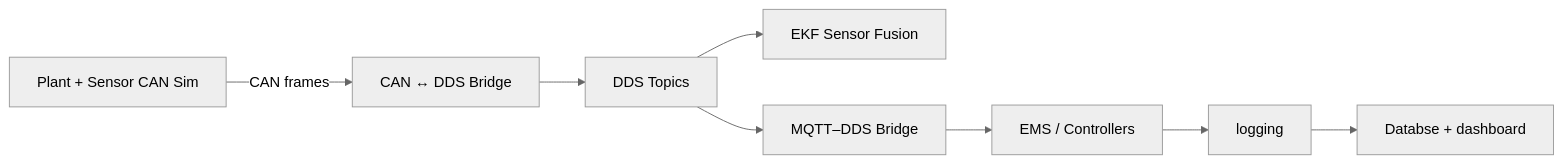
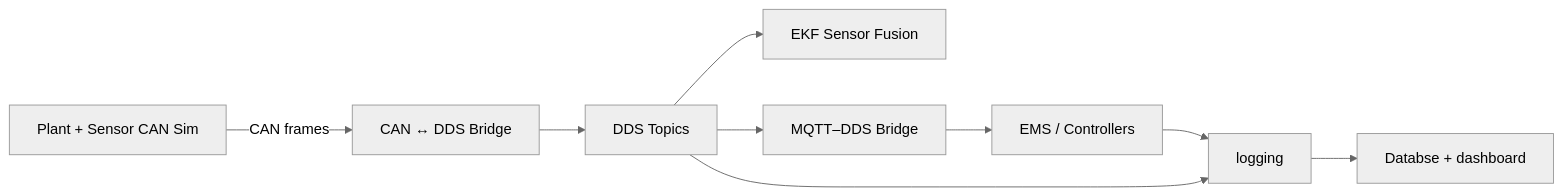
Before and after one commit to mtilocca/vehicle-Dynamics-Sim-Can: the second of 2 diagrams in README.md, drawn with Mermaid (neutral theme).

````diff
--- a/README.md
+++ b/README.md
@@ -96,10 +96,11 @@
 ```mermaid
 flowchart LR
 SIM[Plant + Sensor CAN Sim] -->|CAN frames| BRIDGE[CAN ↔ DDS Bridge]
 BRIDGE --> DDS[DDS Topics]
 DDS --> EKF[EKF Sensor Fusion]
 DDS --> MQTT[MQTT–DDS Bridge]
 MQTT --> EMS[EMS / Controllers]
 EMS --> logging[logging]
+DDS --> logging
 logging --> Database[Databse + dashboard]
 ```
````
